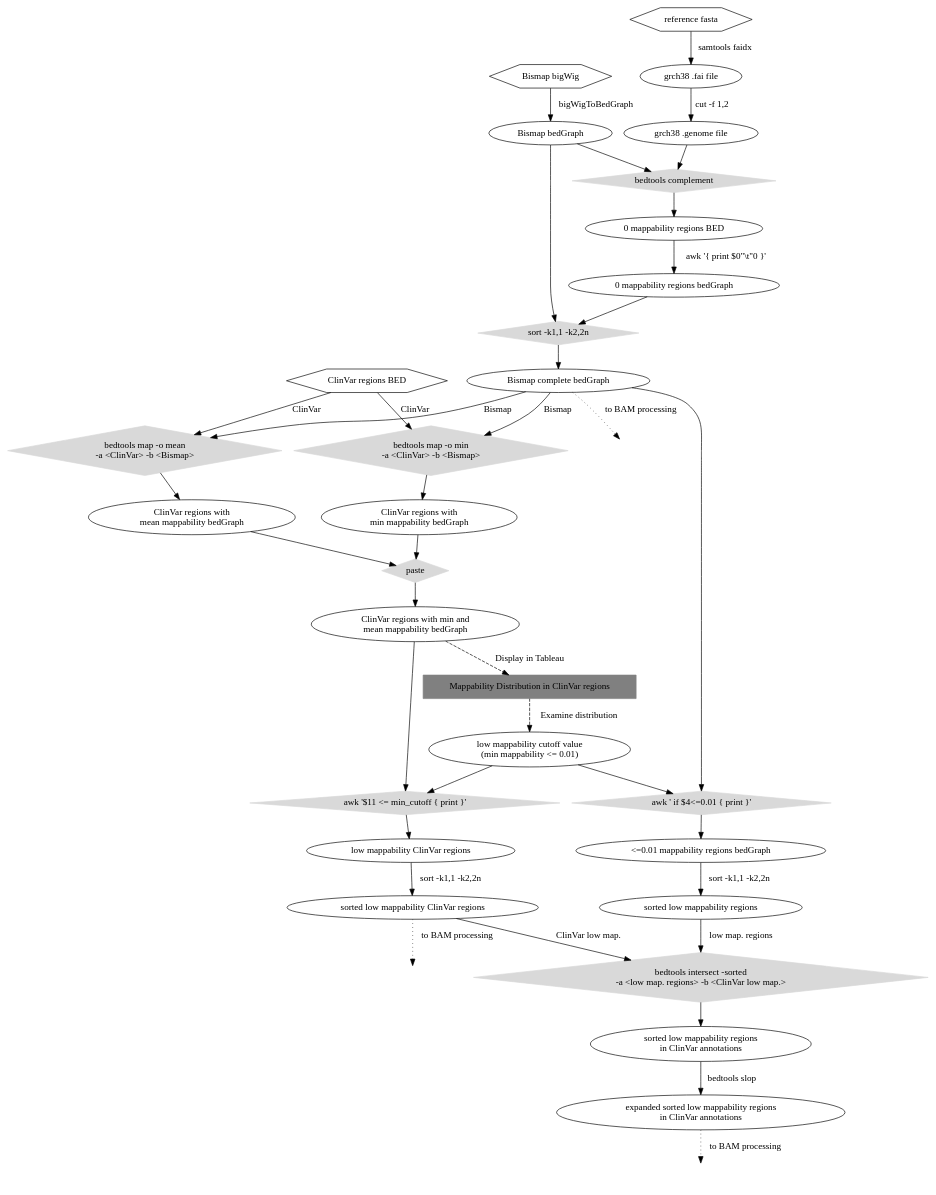
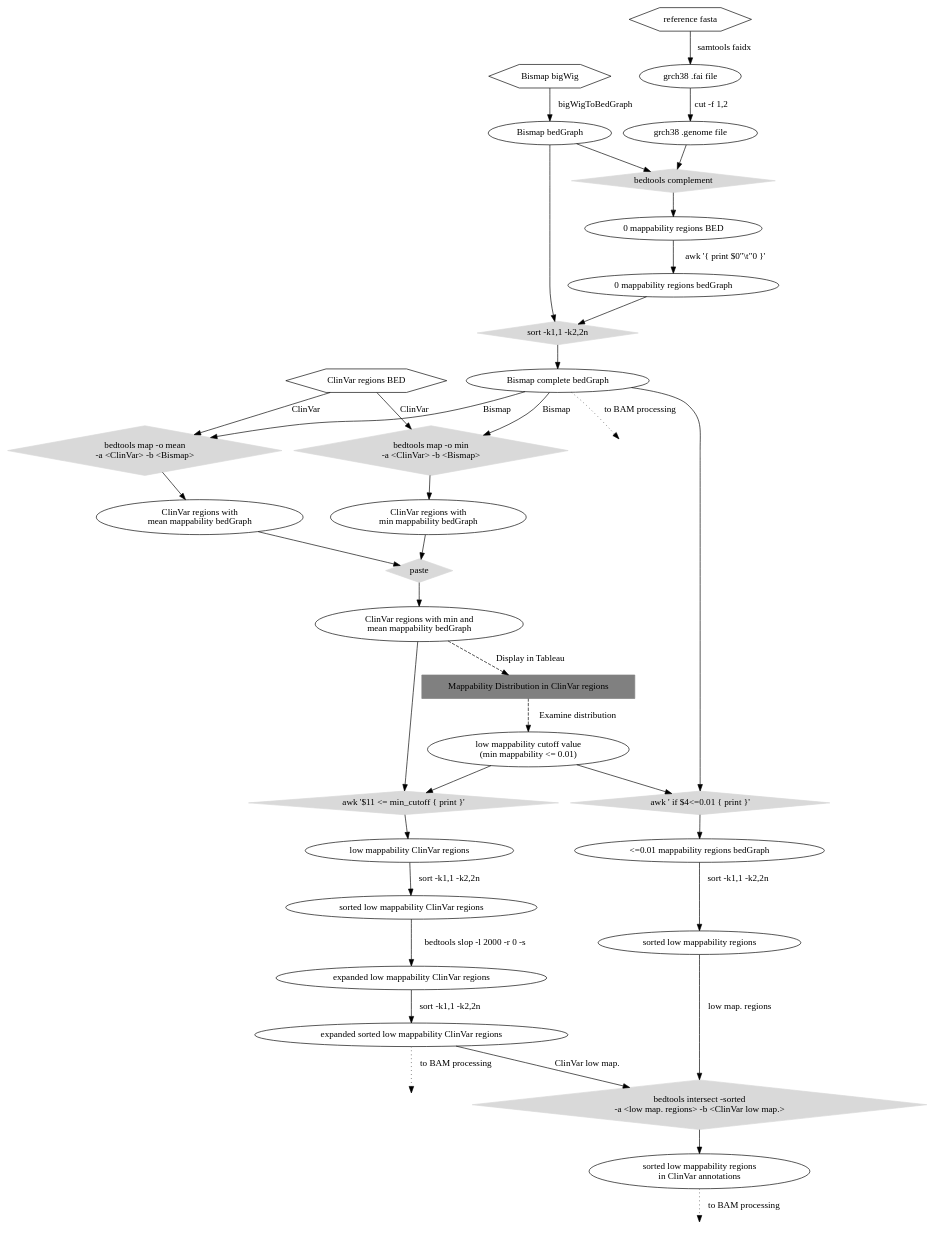
The diagram in methylation workflow preproc.dot (nebiolabs/low_bismap_methyl_calls), drawn with Graphviz before and after one commit. The commit also changed 1 other file, not shown here.

Commit message:
Updated preproc figure.

```diff
--- a/methylation workflow preproc.dot
+++ b/methylation workflow preproc.dot
@@ -1,100 +1,102 @@
 digraph workflow {
 
 
 	"ClinVar regions BED" [shape=hexagon];
 
 	"grch38 fasta 2" [shape=hexagon, label="reference fasta"];
 
 	"Bismap bedGraph" -> "sort -k1,1 -k2,2n_again";
 
 	"sort -k1,1 -k2,2n_again" -> "Bismap complete bedGraph"
 
 	"Bismap complete bedGraph";
 
 	"Bismap complete bedGraph" -> "BAM_PROC_1" [label="to BAM processing", style=dotted];
 
 	"BAM_PROC_1" [style=invis];
 
 	"sort -k1,1 -k2,2n_again" [shape=diamond,  color=gray85, style=filled, label="sort -k1,1 -k2,2n"];
 
 	"0 mappability regions bedGraph" -> "sort -k1,1 -k2,2n_again";
 
 	"Bismap bigWig" [shape=hexagon]; 
 	"Bismap bigWig" -> "Bismap bedGraph" [label="bigWigToBedGraph"];
 
 	"bedtools map -o min" [shape=diamond,  color=gray85, style=filled, label="bedtools map -o min \n-a <ClinVar> -b <Bismap>"];
 	"ClinVar regions BED" -> "bedtools map -o min" [label="ClinVar"];
 	"Bismap complete bedGraph" -> "bedtools map -o min" [label="Bismap"];
 
 	"bedtools map -o mean" [shape=diamond,  color=gray85, style=filled, label="bedtools map -o mean \n-a <ClinVar> -b <Bismap>"];
 	"ClinVar regions BED" -> "bedtools map -o mean" [label="ClinVar"];
 	"Bismap complete bedGraph" -> "bedtools map -o mean" [label="Bismap"];
 
 	"bedtools map -o min" -> "ClinVar regions with\n min mappability bedGraph";
 	"bedtools map -o mean" -> "ClinVar regions with\n mean mappability bedGraph";
 
 	"ClinVar regions with\n min mappability bedGraph" -> "paste";
 	"paste" -> "ClinVar regions with min and\n mean mappability bedGraph";
 	"ClinVar regions with\n mean mappability bedGraph" -> "paste";
 	"paste" [shape=diamond,  color=gray85, style=filled];
 
 	"ClinVar regions with min and\n mean mappability bedGraph" -> "Mappability Distribution in ClinVar regions" [style=dashed, label="Display in Tableau"];
 	"Mappability Distribution in ClinVar regions" [shape=box, color=gray, style=filled];
 	"Examine Data" [color=gray, style=invis];
 	"Mappability Distribution in ClinVar regions" -> "low mappability cutoff value\n(min mappability <= 0.01)" [style=dashed, label="Examine distribution"];
 
 	"awk '$11 <= min_cutoff { print }'" [shape=diamond,  color=gray85, style=filled];
 	"low mappability cutoff value\n(min mappability <= 0.01)" -> "awk '$11 <= min_cutoff { print }'";
 	"awk '$11 <= min_cutoff { print }'" -> "low mappability ClinVar regions";
 	"ClinVar regions with min and\n mean mappability bedGraph" -> "awk '$11 <= min_cutoff { print }'";
 
 	"low mappability ClinVar regions" -> "sorted low mappability ClinVar regions" [label="sort -k1,1 -k2,2n"];
 
 	"sorted low mappability ClinVar regions";
 
-	"sorted low mappability ClinVar regions" -> "BAM_PROC_2" [label="to BAM processing", style=dotted];
+	"expanded sorted low mappability ClinVar regions" -> "BAM_PROC_2" [label="to BAM processing", style=dotted];
 
 	"BAM_PROC_2" [style=invis];
 
 	"bedtools complement" [shape=diamond,  color=gray85, style=filled];
 	
 	"Bismap bedGraph" -> "bedtools complement";
 
 	"bedtools complement" -> "0 mappability regions BED";
 
 	"grch38 fasta 2" -> "grch38 .fai file" [label="samtools faidx"];
 
 	"grch38 .fai file" -> "grch38 .genome file" [label="cut -f 1,2"];
 
 	"grch38 .genome file" -> "bedtools complement";
 
 	"awk_again" [shape=diamond,  color=gray85, style=filled, label="awk ' if $4<=0.01 { print }'"];
 
 	"Bismap complete bedGraph" -> "awk_again";
 
 	"low mappability cutoff value\n(min mappability <= 0.01)" -> "awk_again";
 
 	"awk_again" -> "<=0.01 mappability regions bedGraph";
 
 	"0 mappability regions BED" -> "0 mappability regions bedGraph" [label="awk '{ print $0\"\\t\"0 }'"];
 
 	"<=0.01 mappability regions bedGraph" -> "sorted low mappability regions" [label="sort -k1,1 -k2,2n"];
 
 	"bedtools intersect -u_0" [label="bedtools intersect -sorted \n-a <low map. regions> -b <ClinVar low map.>", shape=diamond,  color=gray85, style=filled];
 
 	"sorted low mappability regions" -> "bedtools intersect -u_0" [label="low map. regions"];
 
 	"bedtools intersect -u_0" -> "sorted low mappability regions\nin ClinVar annotations";
 
-	"sorted low mappability regions\nin ClinVar annotations" -> "expanded sorted low mappability regions\nin ClinVar annotations" [label="bedtools slop"];	
+	"sorted low mappability ClinVar regions" -> "expanded low mappability ClinVar regions" [label="bedtools slop -l 2000 -r 0 -s"];	
 
-	"expanded sorted low mappability regions\nin ClinVar annotations";
+	"expanded low mappability ClinVar regions" -> "expanded sorted low mappability ClinVar regions" [label="sort -k1,1 -k2,2n"];	
 
-	"expanded sorted low mappability regions\nin ClinVar annotations" -> "BAM_PROC_3" [label="to BAM processing", style=dotted];
+	"expanded sorted low mappability ClinVar regions";
+
+	"sorted low mappability regions\nin ClinVar annotations" -> "BAM_PROC_3" [label="to BAM processing", style=dotted];
 
 	"BAM_PROC_3" [style=invis];
 
-	"sorted low mappability ClinVar regions" -> "bedtools intersect -u_0" [label="ClinVar low map."];
+	"expanded sorted low mappability ClinVar regions" -> "bedtools intersect -u_0" [label="ClinVar low map."];
 
 	
  }
```
